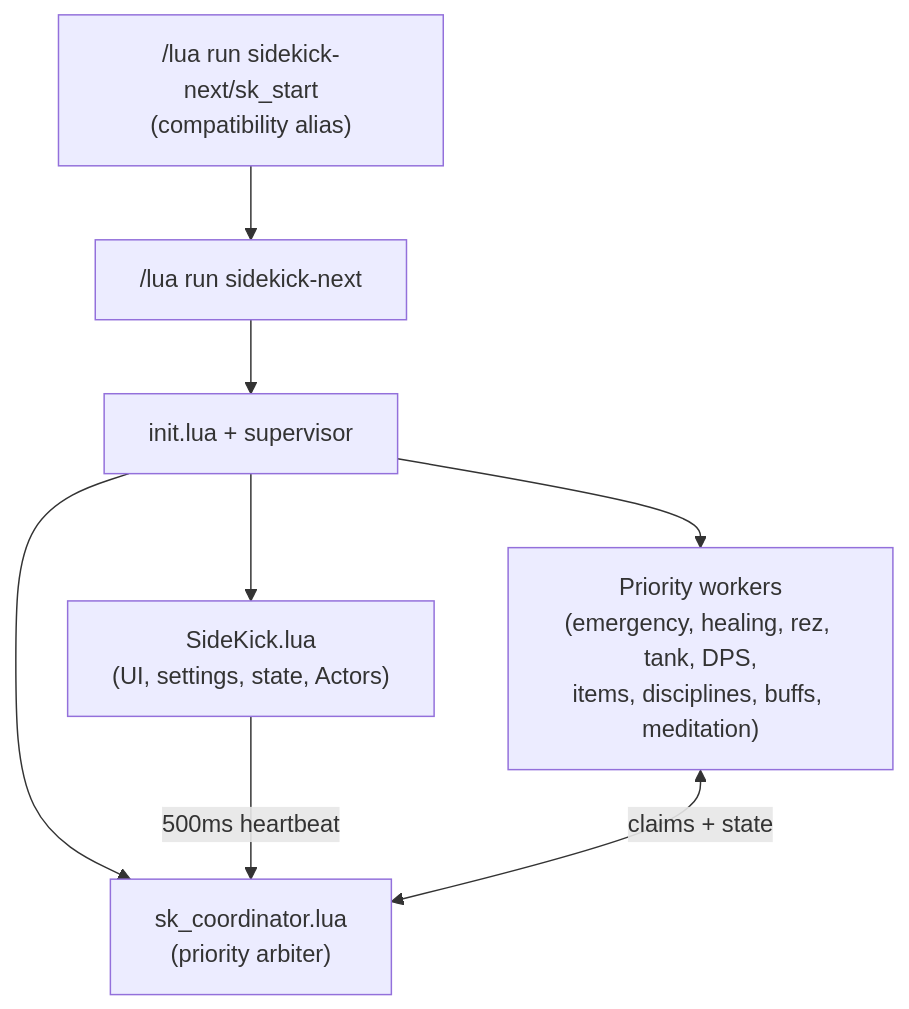
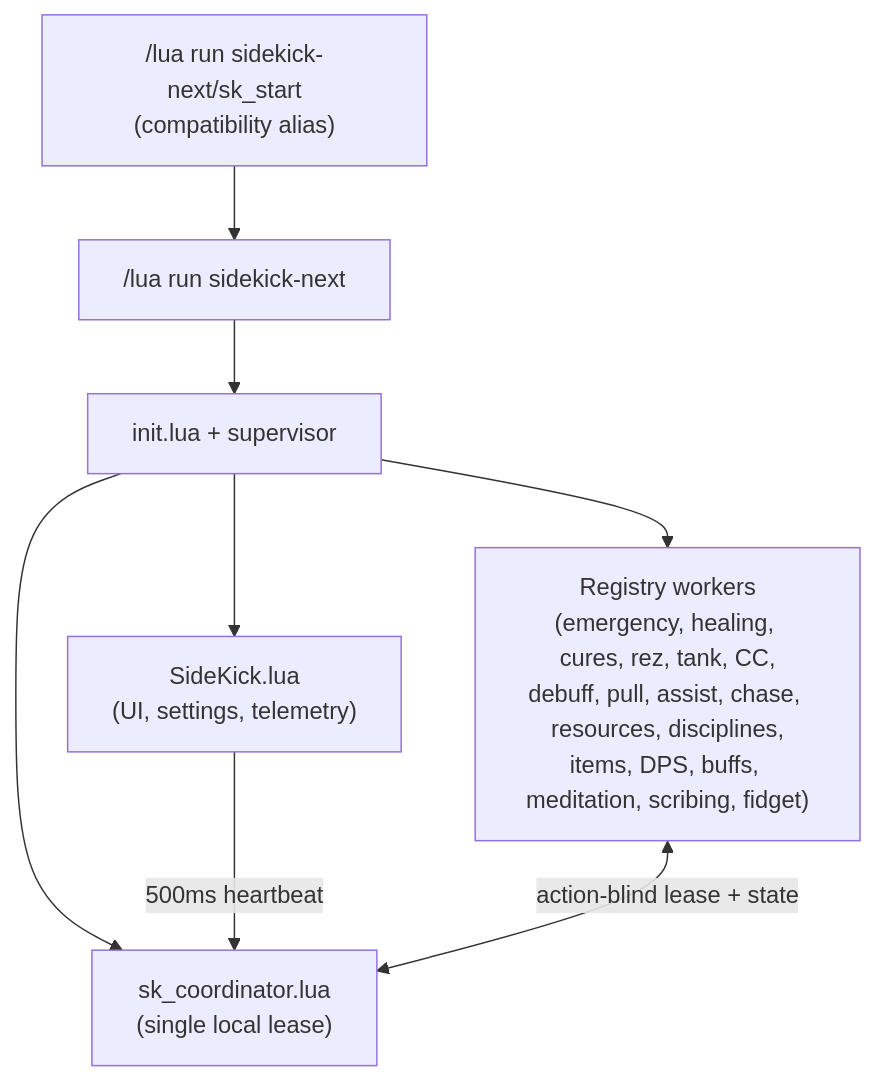
The second of 9 diagrams in docs/USER_GUIDE.md (daly101010/sidekick-next), drawn with Mermaid before and after one commit. The commit also changed other lines of this file and 59 other files, not shown here.

````diff
--- a/docs/USER_GUIDE.md
+++ b/docs/USER_GUIDE.md
@@ -679,17 +613,17 @@
 ```mermaid
 flowchart TD
     USER["/lua run sidekick-next"]
     USER2["/lua run sidekick-next/sk_start<br/>(compatibility alias)"]
     INIT["init.lua + supervisor"]
-    COORD["sk_coordinator.lua<br/>(priority arbiter)"]
-    UI["SideKick.lua<br/>(UI, settings, state, Actors)"]
-    WORKERS["Priority workers<br/>(emergency, healing, rez, tank, DPS,<br/>items, disciplines, buffs, meditation)"]
+    COORD["sk_coordinator.lua<br/>(single local lease)"]
+    UI["SideKick.lua<br/>(UI, settings, telemetry)"]
+    WORKERS["Registry workers<br/>(emergency, healing, cures, rez, tank, CC,<br/>debuff, pull, assist, chase, resources, disciplines,<br/>items, DPS, buffs, meditation, scribing, fidget)"]
 
     USER --> INIT
     USER2 --> USER
     INIT --> COORD
     INIT --> WORKERS
     INIT --> UI
     UI -->|"500ms heartbeat"| COORD
-    WORKERS <-->|"claims + state"| COORD
+    WORKERS <-->|"action-blind lease + state"| COORD
 ```
````
